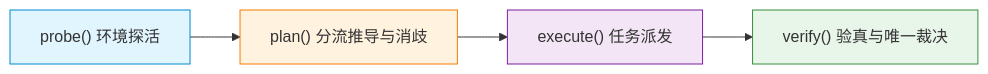
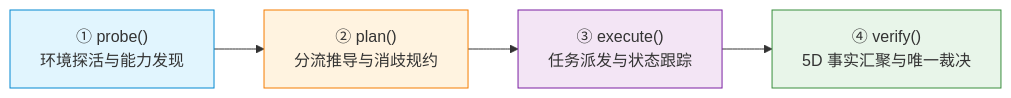
Before and after one commit to CAoyinggo/panqu-Test-agent: the second of 4 diagrams in README.md, drawn with Mermaid. The commit also changed other lines of this file and 3 other files, not shown here.

Commit message:
docs: streamline README with visual diagrams and dedicated sub-docs

````diff
--- a/README.md
+++ b/README.md
@@ -145,10 +122,11 @@
 ```mermaid
 flowchart LR
-    A["probe() 环境探活"] --> B["plan() 分流推导与消歧"]
-    B --> C["execute() 任务派发"]
-    C --> D["verify() 验真与唯一裁决"]
+    A["① probe()<br>环境探活与能力发现"] --> B["② plan()<br>分流推导与消歧规约"]
+    B --> C["③ execute()<br>任务派发与状态跟踪"]
+    C --> D["④ verify()<br>5D 事实汇聚与唯一裁决"]
+
     style A fill:#e1f5fe,stroke:#0288d1
     style B fill:#fff3e0,stroke:#f57c00
     style C fill:#f3e5f5,stroke:#7b1fa2
     style D fill:#e8f5e9,stroke:#388e3c
 ```
````
